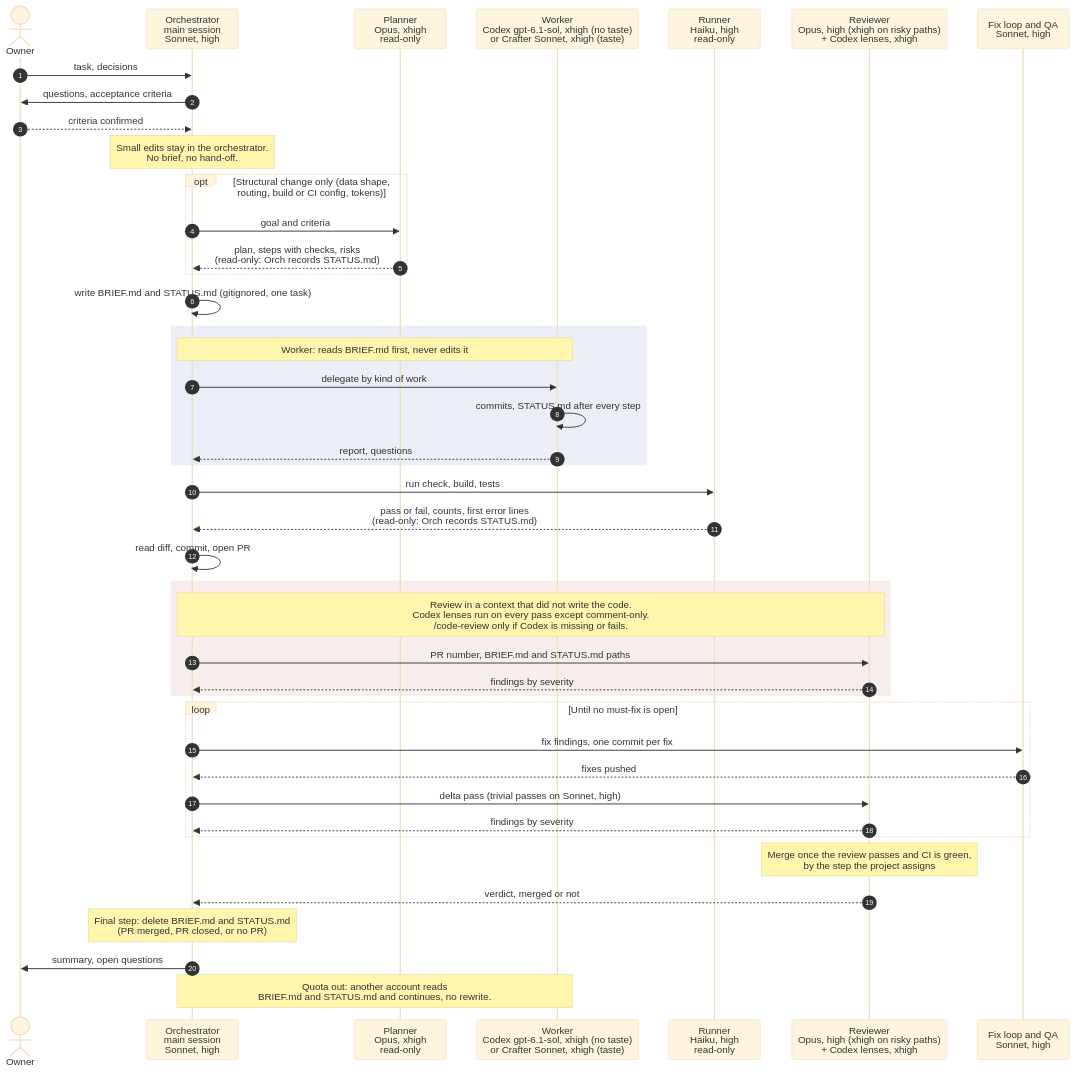
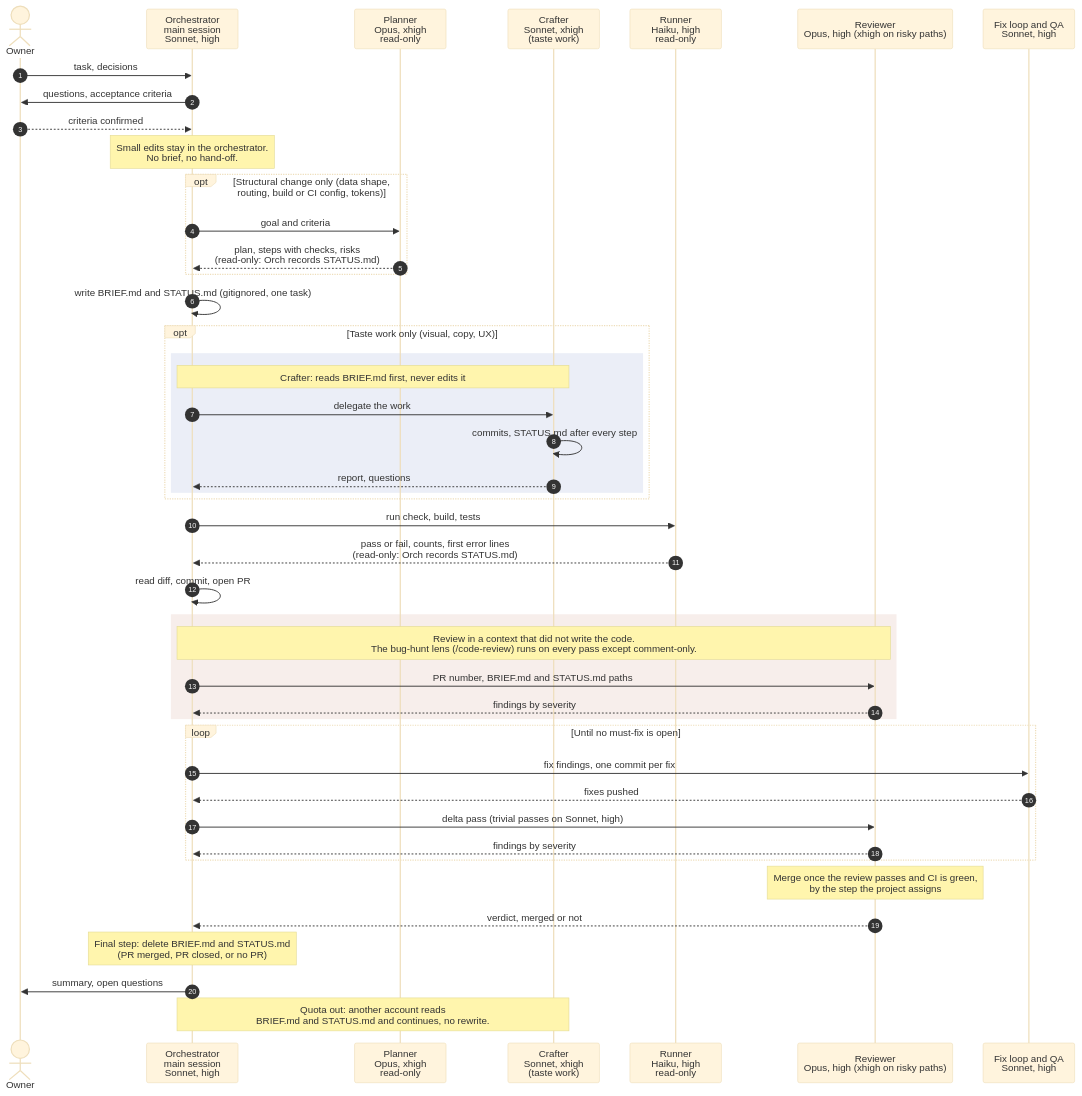
The diagram in README.md (ViacheslavDanilov/agent-routing), drawn with Mermaid (base theme) before and after one commit. The commit also changed other lines of this file and 7 other files, not shown here.

````diff
--- a/README.md
+++ b/README.md
@@ -33,46 +33,48 @@
 ```mermaid
 sequenceDiagram
     autonumber
     actor Owner
     participant Orch as Orchestrator<br/>main session<br/>Sonnet, high
     participant Plan as Planner<br/>Opus, xhigh<br/>read-only
-    participant Work as Worker<br/>Codex gpt-6.1-sol, xhigh (no taste)<br/>or Crafter Sonnet, xhigh (taste)
+    participant Craft as Crafter<br/>Sonnet, xhigh<br/>(taste work)
     participant Run as Runner<br/>Haiku, high<br/>read-only
-    participant Rev as Reviewer<br/>Opus, high (xhigh on risky paths)<br/>+ Codex lenses, xhigh
+    participant Rev as Reviewer<br/>Opus, high (xhigh on risky paths)
     participant Fix as Fix loop and QA<br/>Sonnet, high
 
     Owner->>Orch: task, decisions
     Orch->>Owner: questions, acceptance criteria
     Owner-->>Orch: criteria confirmed
     Note over Orch: Small edits stay in the orchestrator.<br/>No brief, no hand-off.
     opt Structural change only (data shape, routing, build or CI config, tokens)
         Orch->>Plan: goal and criteria
         Plan-->>Orch: plan, steps with checks, risks<br/>(read-only: Orch records STATUS.md)
     end
     Orch->>Orch: write BRIEF.md and STATUS.md (gitignored, one task)
-    rect rgba(120, 140, 200, 0.15)
-        Note over Orch,Work: Worker: reads BRIEF.md first, never edits it
-        Orch->>Work: delegate by kind of work
-        Work->>Work: commits, STATUS.md after every step
-        Work-->>Orch: report, questions
+    opt Taste work only (visual, copy, UX)
+        rect rgba(120, 140, 200, 0.15)
+            Note over Orch,Craft: Crafter: reads BRIEF.md first, never edits it
+            Orch->>Craft: delegate the work
+            Craft->>Craft: commits, STATUS.md after every step
+            Craft-->>Orch: report, questions
+        end
     end
     Orch->>Run: run check, build, tests
     Run-->>Orch: pass or fail, counts, first error lines<br/>(read-only: Orch records STATUS.md)
     Orch->>Orch: read diff, commit, open PR
     rect rgba(200, 140, 120, 0.15)
-        Note over Orch,Rev: Review in a context that did not write the code.<br/>Codex lenses run on every pass except comment-only.<br/>/code-review only if Codex is missing or fails.
+        Note over Orch,Rev: Review in a context that did not write the code.<br/>The bug-hunt lens (/code-review) runs on every pass except comment-only.
         Orch->>Rev: PR number, BRIEF.md and STATUS.md paths
         Rev-->>Orch: findings by severity
     end
     loop Until no must-fix is open
         Orch->>Fix: fix findings, one commit per fix
         Fix-->>Orch: fixes pushed
         Orch->>Rev: delta pass (trivial passes on Sonnet, high)
         Rev-->>Orch: findings by severity
     end
     Note over Rev: Merge once the review passes and CI is green,<br/>by the step the project assigns
     Rev-->>Orch: verdict, merged or not
     Note over Orch: Final step: delete BRIEF.md and STATUS.md<br/>(PR merged, PR closed, or no PR)
     Orch->>Owner: summary, open questions
-    Note over Orch,Work: Quota out: another account reads<br/>BRIEF.md and STATUS.md and continues, no rewrite.
+    Note over Orch,Craft: Quota out: another account reads<br/>BRIEF.md and STATUS.md and continues, no rewrite.
 ```
````
